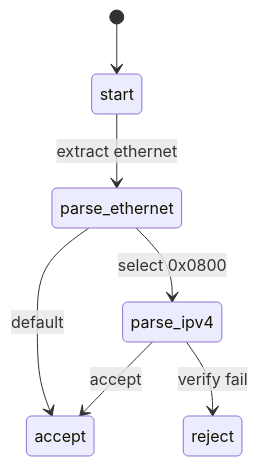
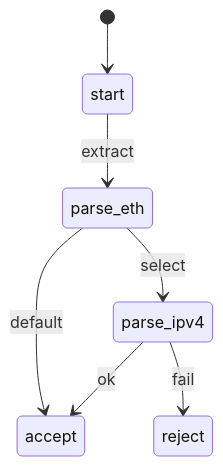
One commit to Sukkk-zcy/Sukkk-zcy.github.io changed the diagram in src/content/blog/P4/p4-04-parser.mdx. Above: the diagram before and after it, drawn with Mermaid. The commit also changed 2 other files, not shown here.

Commit message:
fix: 简化 Mermaid 图为更紧凑的布局

````diff
--- a/src/content/blog/P4/p4-04-parser.mdx
+++ b/src/content/blog/P4/p4-04-parser.mdx
@@ -25,15 +25,9 @@
 ```mermaid
 stateDiagram-v2
     [*] --> start
-    start --> parse_ethernet: extract ethernet
-    parse_ethernet --> parse_ipv4: select 0x0800
-    parse_ethernet --> accept: default
-    parse_ipv4 --> accept: accept
-    parse_ipv4 --> reject: verify fail
-    
-    start: start
-    parse_ethernet: parse_ethernet
-    parse_ipv4: parse_ipv4
-    accept: accept
-    reject: reject
+    start --> parse_eth: extract
+    parse_eth --> parse_ipv4: select
+    parse_eth --> accept: default
+    parse_ipv4 --> accept: ok
+    parse_ipv4 --> reject: fail
 ```
````
